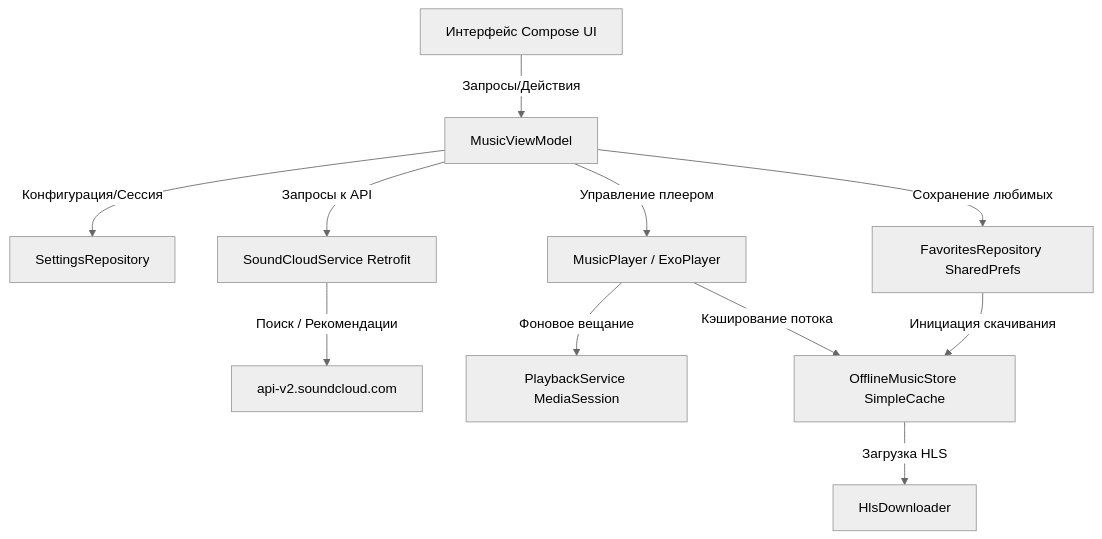
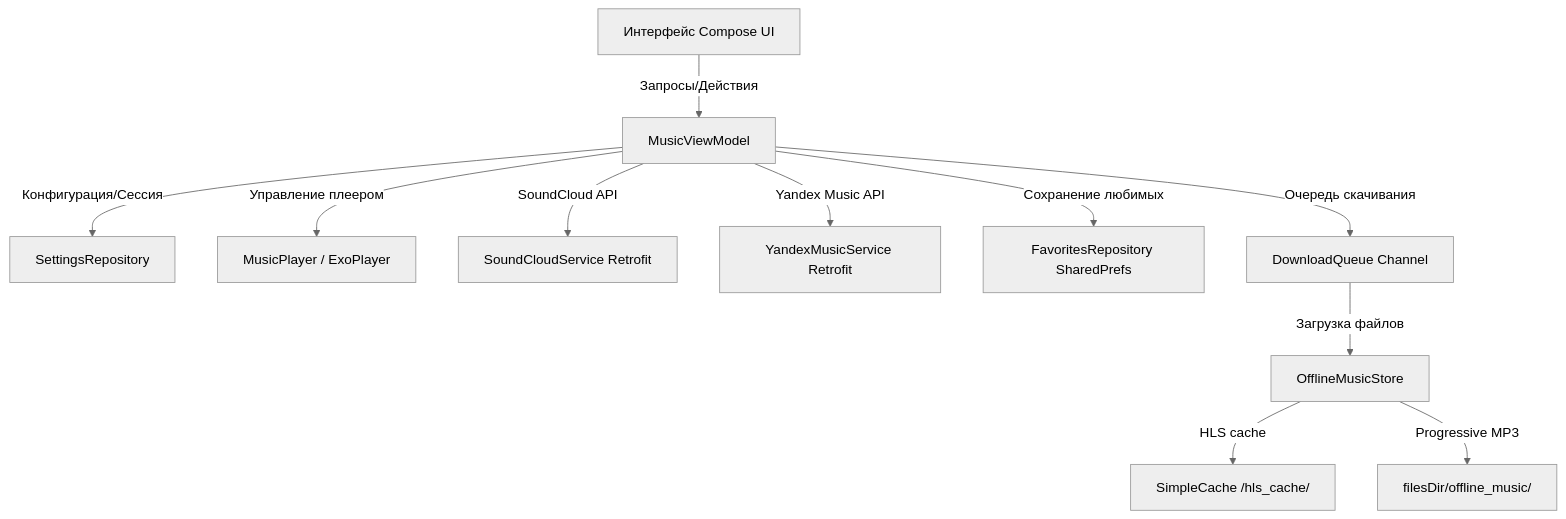
The diagram in README.md (GXUser7/YouCloud), drawn with Mermaid (neutral theme) before and after one commit. The commit also changed other lines of this file, not shown here.

````diff
--- a/README.md
+++ b/README.md
@@ -63,16 +64,15 @@
 ```mermaid
 graph TD
     UI[Интерфейс Compose UI] -->|Запросы/Действия| VM[MusicViewModel]
     VM -->|Конфигурация/Сессия| Settings[SettingsRepository]
     VM -->|Управление плеером| Player[MusicPlayer / ExoPlayer]
-    VM -->|Запросы к API| Service[SoundCloudService Retrofit]
+    VM -->|SoundCloud API| SC_Service[SoundCloudService Retrofit]
+    VM -->|Yandex Music API| YM_Service[YandexMusicService Retrofit]
     VM -->|Сохранение любимых| Favs[FavoritesRepository SharedPrefs]
     
-    Service -->|Поиск / Рекомендации| API[api-v2.soundcloud.com]
+    VM -->|Очередь скачивания| Queue[DownloadQueue Channel]
+    Queue -->|Загрузка файлов| Store[OfflineMusicStore]
     
-    Player -->|Фоновое вещание| PlaybackService[PlaybackService MediaSession]
-    Player -->|Кэширование потока| Cache[OfflineMusicStore SimpleCache]
-    
-    Favs -->|Инициация скачивания| Cache
-    Cache -->|Загрузка HLS| HLS[HlsDownloader]
+    Store -->|HLS cache| SimpleCache[SimpleCache /hls_cache/]
+    Store -->|Progressive MP3| filesDir[filesDir/offline_music/]
 ```
````
